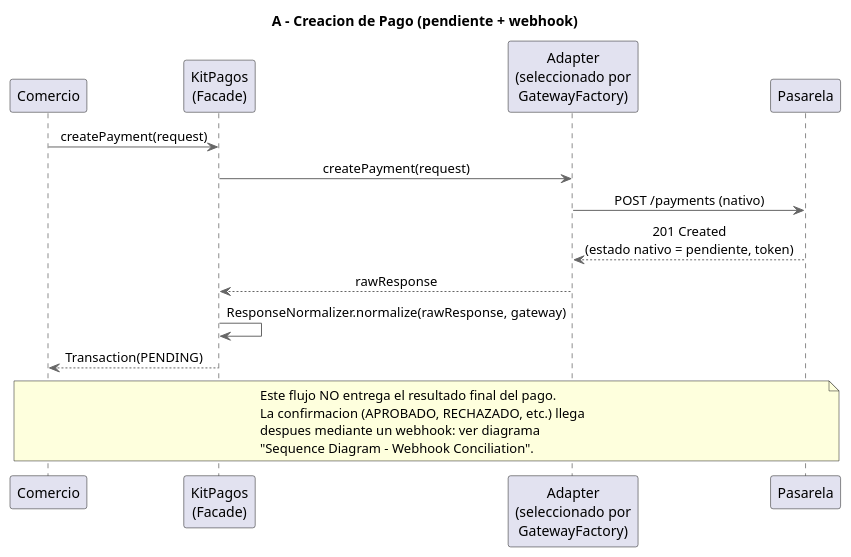
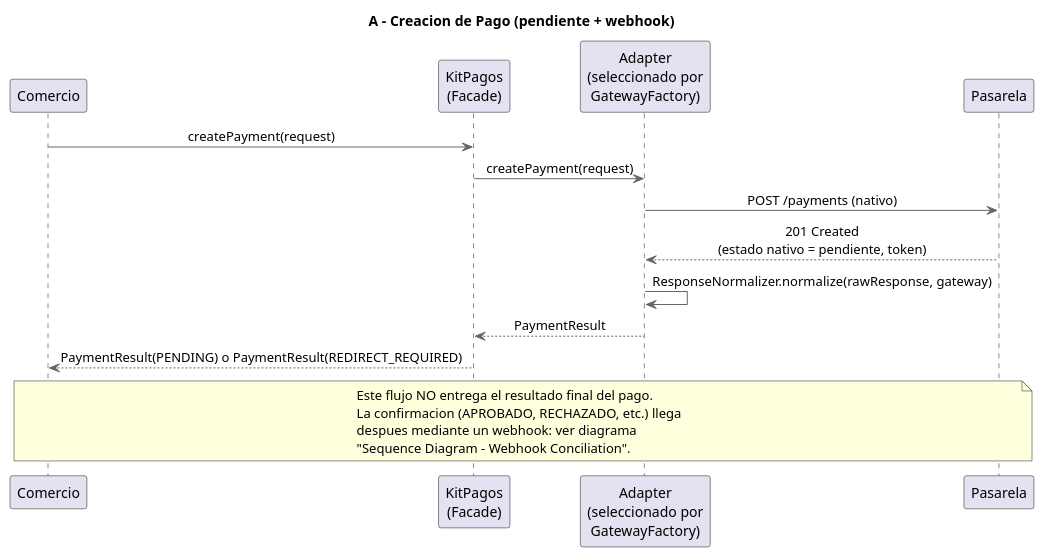
One commit to PurosBrothers/Kit-Pagos-Colombia---Tesis changed the diagram in docs/architecture/SDK/diagrams-source/sequence-payment-creation.puml. Above: the diagram before and after it, drawn with PlantUML. The commit also changed 12 other files, not shown here.

First line of the commit message:
docs(docs): update diagrams

```diff
--- a/docs/architecture/SDK/diagrams-source/sequence-payment-creation.puml
+++ b/docs/architecture/SDK/diagrams-source/sequence-payment-creation.puml
@@ -1,28 +1,28 @@
 @startuml Sequence Diagram - Payment Creation
 title A - Creacion de Pago (pendiente + webhook)
 skinparam backgroundColor white
 skinparam sequenceMessageAlign center
 skinparam ArrowColor #666666
 skinparam LifeLineBorderColor #666666
 
 participant "Comercio" as Comercio
 participant "KitPagos\n(Facade)" as Facade
 participant "Adapter\n(seleccionado por\nGatewayFactory)" as Adapter
 participant "Pasarela" as Pasarela
 
 Comercio -> Facade : createPayment(request)
 Facade -> Adapter : createPayment(request)
 Adapter -> Pasarela : POST /payments (nativo)
 Pasarela --> Adapter : 201 Created\n(estado nativo = pendiente, token)
-Adapter --> Facade : rawResponse
-Facade -> Facade : ResponseNormalizer.normalize(rawResponse, gateway)
-Facade --> Comercio : Transaction(PENDING)
+Adapter -> Adapter : ResponseNormalizer.normalize(rawResponse, gateway)
+Adapter --> Facade : PaymentResult
+Facade --> Comercio : PaymentResult(PENDING) o PaymentResult(REDIRECT_REQUIRED)
 
 note over Comercio, Pasarela
   Este flujo NO entrega el resultado final del pago.
   La confirmacion (APROBADO, RECHAZADO, etc.) llega
   despues mediante un webhook: ver diagrama
   "Sequence Diagram - Webhook Conciliation".
 end note
 
 @enduml
```
